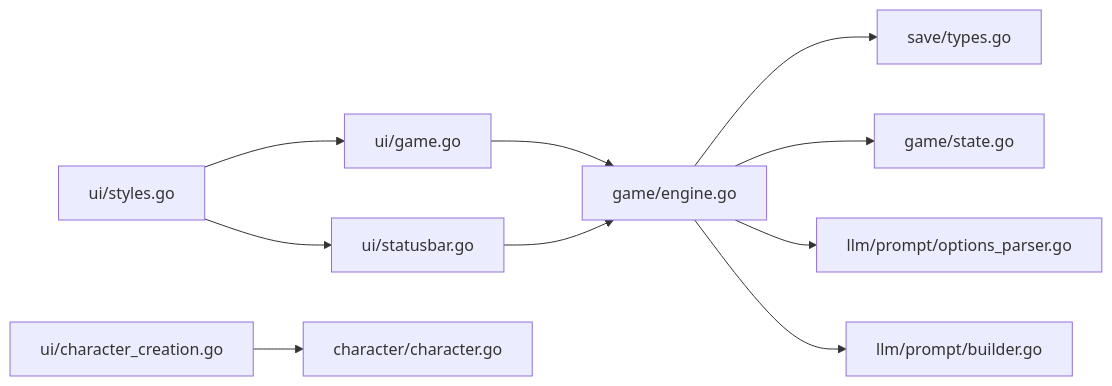
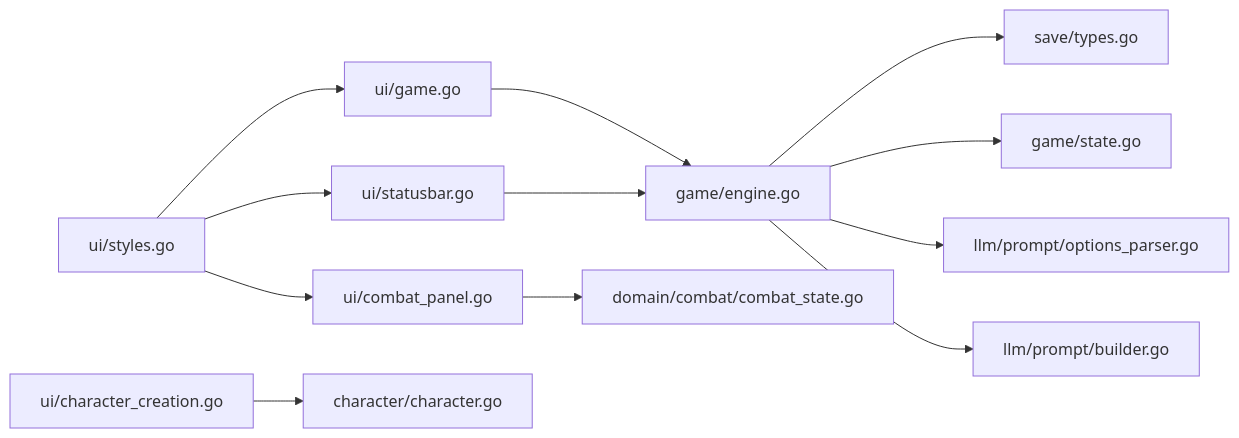
One commit to zwh8800/cdnd changed the seventh of 7 diagrams in .qoder/repowiki/zh/content/用户界面/用户界面.md. Above: the diagram before and after it, drawn with Mermaid. The commit also changed other lines of this file and 102 other files, not shown here.

````diff
--- a/.qoder/repowiki/zh/content/用户界面/用户界面.md
+++ b/.qoder/repowiki/zh/content/用户界面/用户界面.md
@@ -460,12 +589,14 @@
 ```mermaid
 graph LR
 UI_GAME["ui/game.go"] --> GAME_ENGINE["game/engine.go"]
 UI_STATUS["ui/statusbar.go"] --> GAME_ENGINE
+UI_COMBAT["ui/combat_panel.go"] --> COMBAT_STATE["domain/combat/combat_state.go"]
 UI_CHAR["ui/character_creation.go"] --> CHAR_MODEL["character/character.go"]
 GAME_ENGINE --> SAVE_TYPES["save/types.go"]
 GAME_ENGINE --> GAME_STATE["game/state.go"]
 GAME_ENGINE --> OPTIONS_PARSER["llm/prompt/options_parser.go"]
 GAME_ENGINE --> BUILDER["llm/prompt/builder.go"]
 UI_STYLES["ui/styles.go"] --> UI_GAME
 UI_STYLES --> UI_STATUS
+UI_STYLES --> UI_COMBAT
 ```
````
